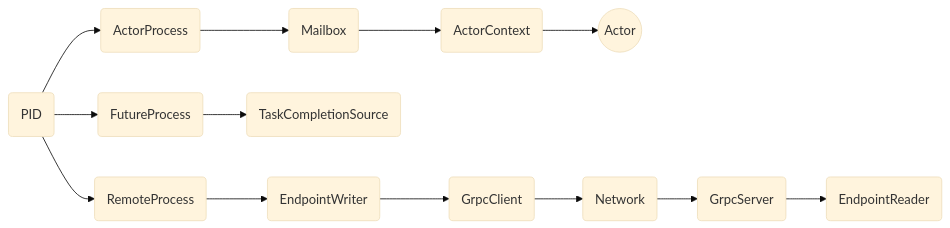
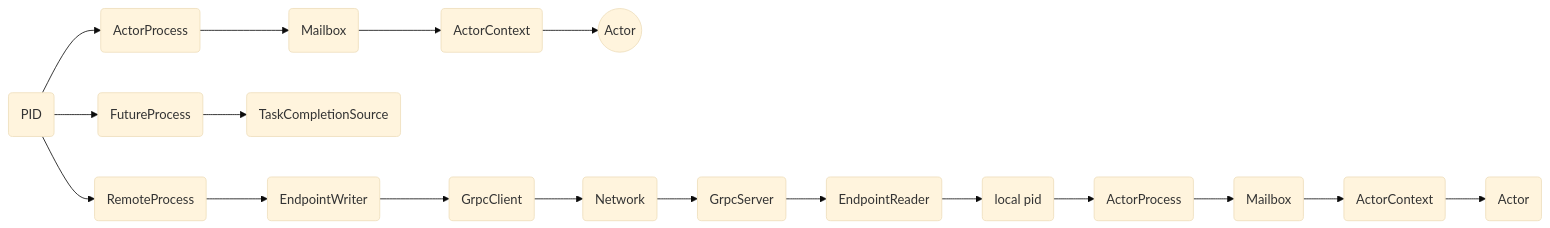
The sixth of 6 diagrams in hugo/content/docs/pid.md (asynkron/protoactor-website), drawn with Mermaid (base theme) before and after one commit.

````diff
--- a/hugo/content/docs/pid.md
+++ b/hugo/content/docs/pid.md
@@ -114,33 +114,33 @@
 ```mermaid
 graph LR
 pid(PID)
 class pid light-blue
 
 ActorProcess(ActorProcess)
 FutureProcess(FutureProcess)
 RemoteProcess(RemoteProcess)
 
 Mailbox(Mailbox)
 ActorContext(ActorContext)
 Actor((Actor))
 
 TaskCompletionSource(TaskCompletionSource)
 
 RemoteProcess(RemoteProcess)
 
 EndpointWriter(EndpointWriter)
 EndpointReader(EndpointReader)
 
 network(Network)
 class network message
 
 GrpcServer(GrpcServer)
 class GrpcServer green
 GrpcClient(GrpcClient)
 class GrpcClient green
 
 
 pid --> ActorProcess --> Mailbox --> ActorContext --> Actor
 pid --> FutureProcess --> TaskCompletionSource
-pid --> RemoteProcess --> EndpointWriter --> GrpcClient --> network --> GrpcServer --> EndpointReader
+pid --> RemoteProcess --> EndpointWriter --> GrpcClient --> network --> GrpcServer --> EndpointReader --> lpid(local pid) --> lActorProcess(ActorProcess) --> lMailbox(Mailbox) --> lActorContext(ActorContext) --> lActor(Actor)
 ```
````
